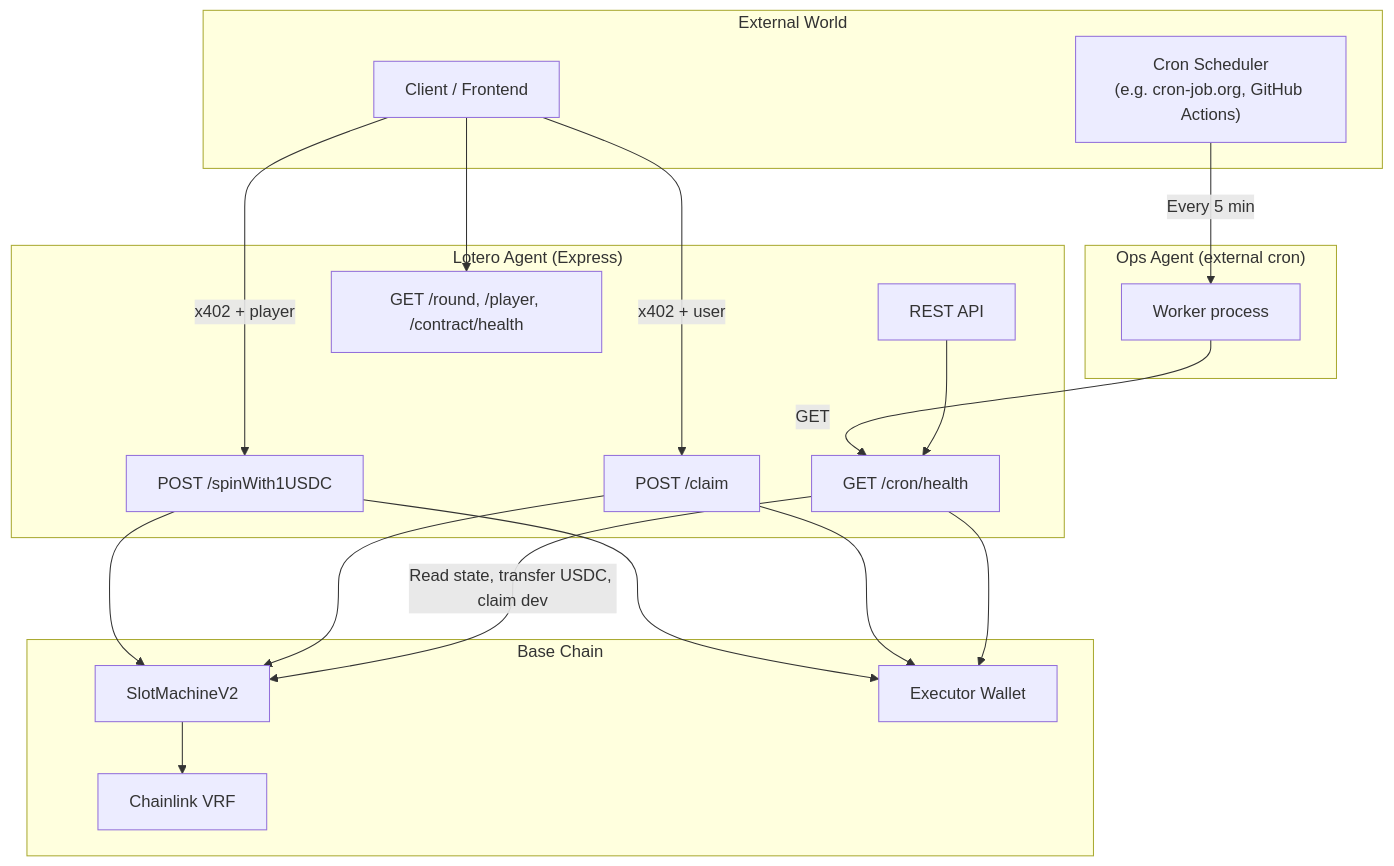
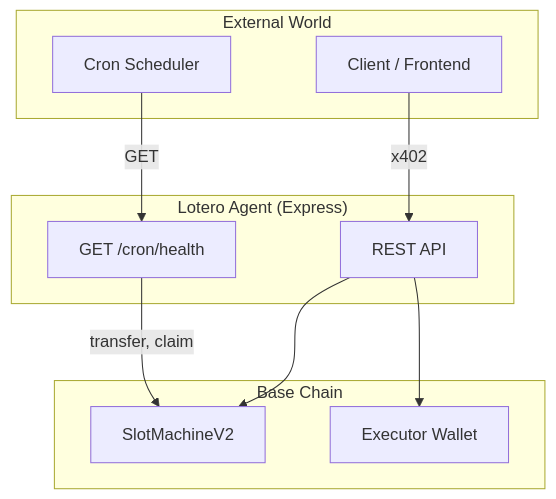
One commit to csacanam/lotero-core changed the diagram in packages/agent/README.md. Above: the diagram before and after it, drawn with Mermaid. The commit also changed other lines of this file and 3 other files, not shown here.

````diff
--- a/packages/agent/README.md
+++ b/packages/agent/README.md
@@ -18,41 +16,23 @@
 ```mermaid
 flowchart TB
     subgraph External["External World"]
         Client["Client / Frontend"]
-        CronScheduler["Cron Scheduler\n(e.g. cron-job.org, GitHub Actions)"]
+        CronScheduler["Cron Scheduler"]
     end
 
     subgraph LoteroAgent["Lotero Agent (Express)"]
         API["REST API"]
-        Spin["POST /spinWith1USDC"]
-        Claim["POST /claim"]
-        ReadOnly["GET /round, /player, /contract/health"]
         CronHealth["GET /cron/health"]
-    end
-
-    subgraph OpsAgent["Ops Agent (external cron)"]
-        Worker["Worker process"]
     end
 
     subgraph OnChain["Base Chain"]
         SlotMachine["SlotMachineV2"]
-        VRF["Chainlink VRF"]
         Executor["Executor Wallet"]
     end
 
-    Client -->|"x402 + player"| Spin
-    Client -->|"x402 + user"| Claim
-    Client --> ReadOnly
-
-    CronScheduler -->|"Every 5 min"| Worker
-    Worker -->|"GET"| CronHealth
-
-    API --> CronHealth
-    Spin --> SlotMachine
-    Claim --> SlotMachine
-    SlotMachine --> VRF
-    Spin --> Executor
-    Claim --> Executor
-    CronHealth -->|"Read state, transfer USDC, claim dev"| SlotMachine
-    CronHealth --> Executor
+    Client -->|"x402"| API
+    CronScheduler -->|"GET"| CronHealth
+    API --> SlotMachine
+    API --> Executor
+    CronHealth -->|"transfer, claim"| SlotMachine
 ```
````
